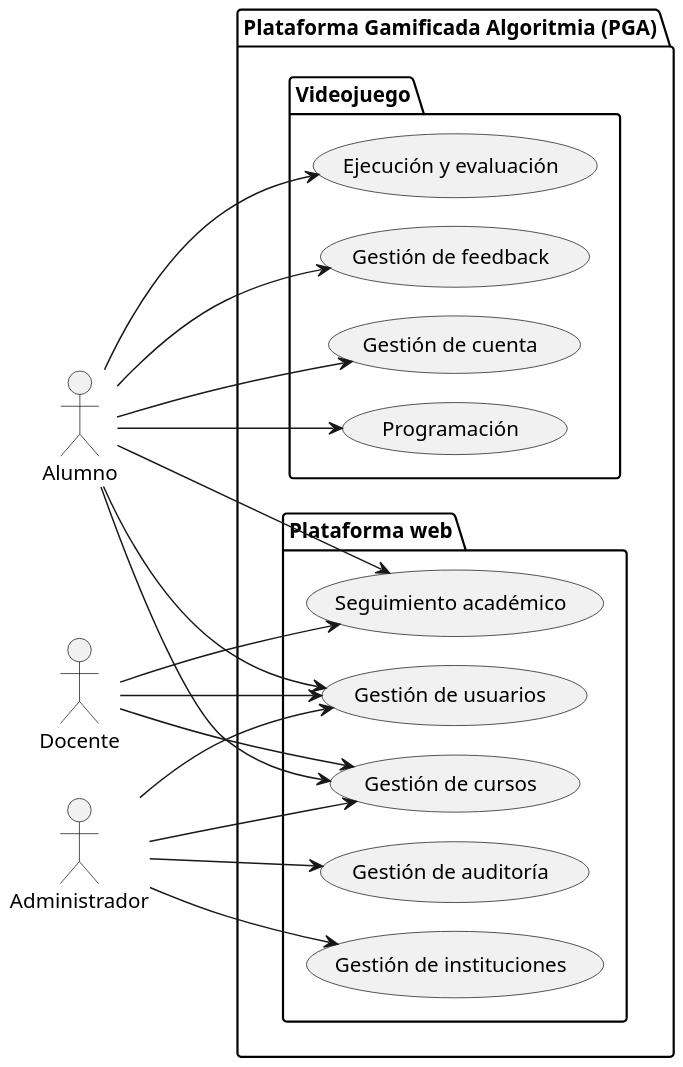
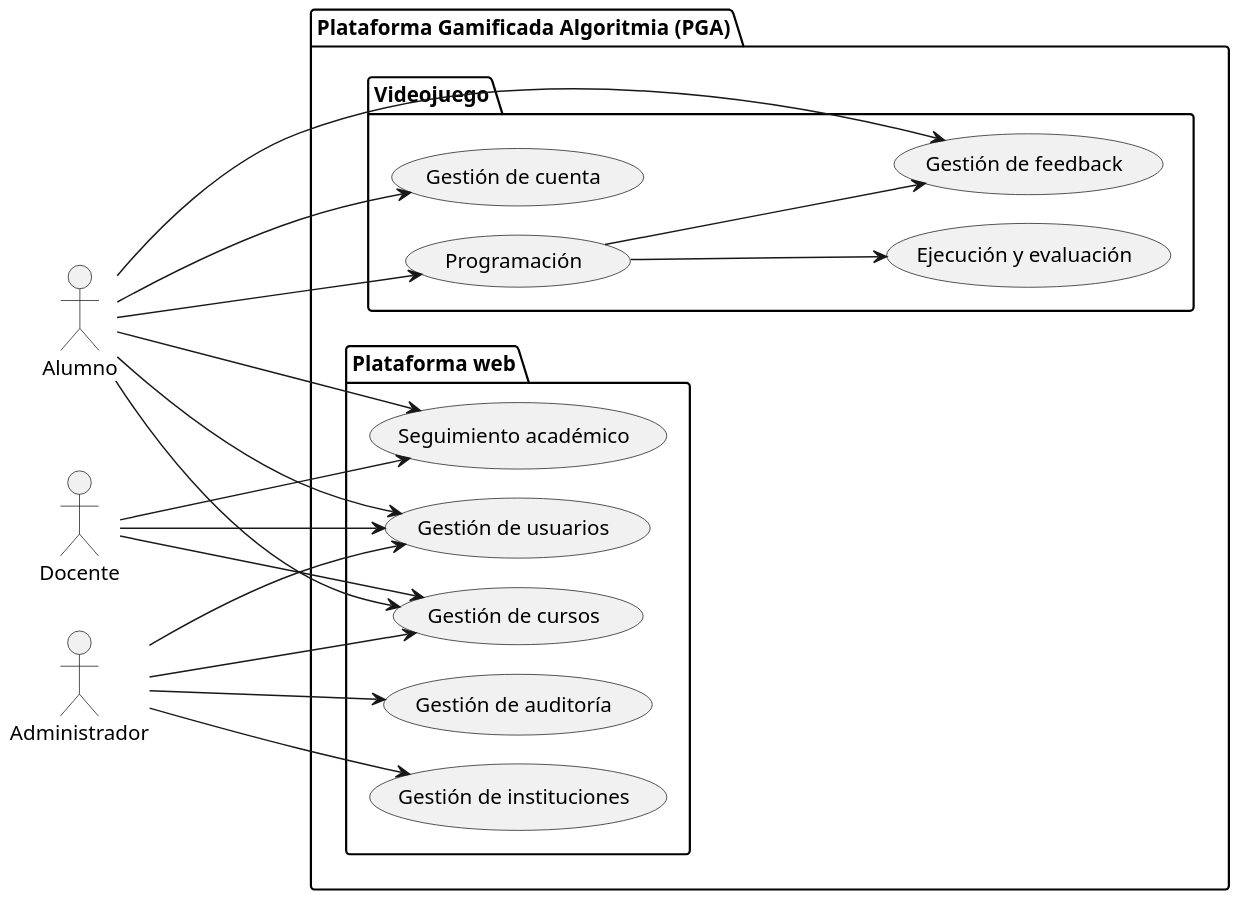
Before and after one commit to francoalbornoz2002/ASC-ProyectoAlgoritmia-TrabajoFinal: the diagram in docs/requisitos/casos-de-uso/diagramas/dcu-general-alto-nivel.puml, drawn with PlantUML. The commit also changed 6 other files, not shown here.

```diff
--- a/docs/requisitos/casos-de-uso/diagramas/dcu-general-alto-nivel.puml
+++ b/docs/requisitos/casos-de-uso/diagramas/dcu-general-alto-nivel.puml
@@ -1,52 +1,53 @@
 @startuml DCU_General Alto Nivel
 left to right direction
 
 skinparam dpi 150
 skinparam usecasePadding 25
 skinparam actorPadding 80
 skinparam packagePadding 50
 skinparam wrapWidth 200
 
 skinparam nodesep 20
-skinparam ranksep 100
+skinparam ranksep 150
 
 actor Alumno
 actor Docente
 actor Administrador
 
 
 package "Plataforma Gamificada Algoritmia (PGA)"{
     package "Plataforma web"{
         usecase "Gestión de usuarios" as GestionUsuarios
         usecase "Gestión de instituciones" as GestionInstituciones
         usecase "Gestión de cursos" as GestionCursos
         usecase "Seguimiento académico" as SeguimientoAcademico
         usecase "Gestión de auditoría" as GestionAuditoria
     }
 
     package "Videojuego"{
-        usecase "Gestión de cuenta" as GestionUsuariosV
+        usecase "Gestión de cuenta" as GestionCuenta
         usecase "Programación" as Programacion
         usecase "Ejecución y evaluación" as EjecucionEvaluacion
         usecase "Gestión de feedback" as GestionFeedback
     }
 
-    Alumno --> GestionUsuariosV
+    Alumno --> GestionCuenta
+    Alumno --> GestionFeedback
     Alumno --> Programacion
-    Alumno --> EjecucionEvaluacion
-    Alumno --> GestionFeedback
+    Programacion --> EjecucionEvaluacion
+    Programacion --> GestionFeedback
     Alumno --> GestionUsuarios
     Alumno --> GestionCursos
     Alumno --> SeguimientoAcademico
-    
+
     Administrador --> GestionUsuarios
     Administrador --> GestionInstituciones
     Administrador --> GestionCursos
     Administrador --> GestionAuditoria
 
     Docente --> GestionUsuarios
     Docente --> GestionCursos
     Docente --> SeguimientoAcademico
 }
 
 @enduml
```
